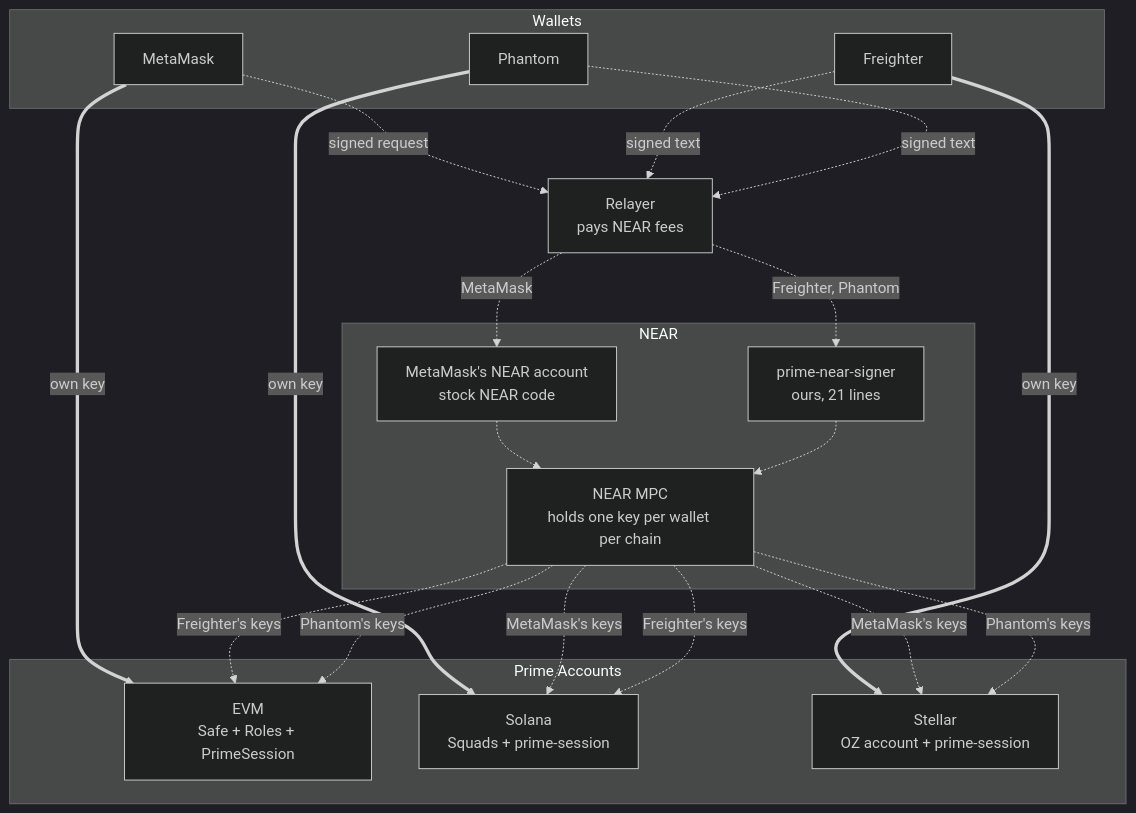
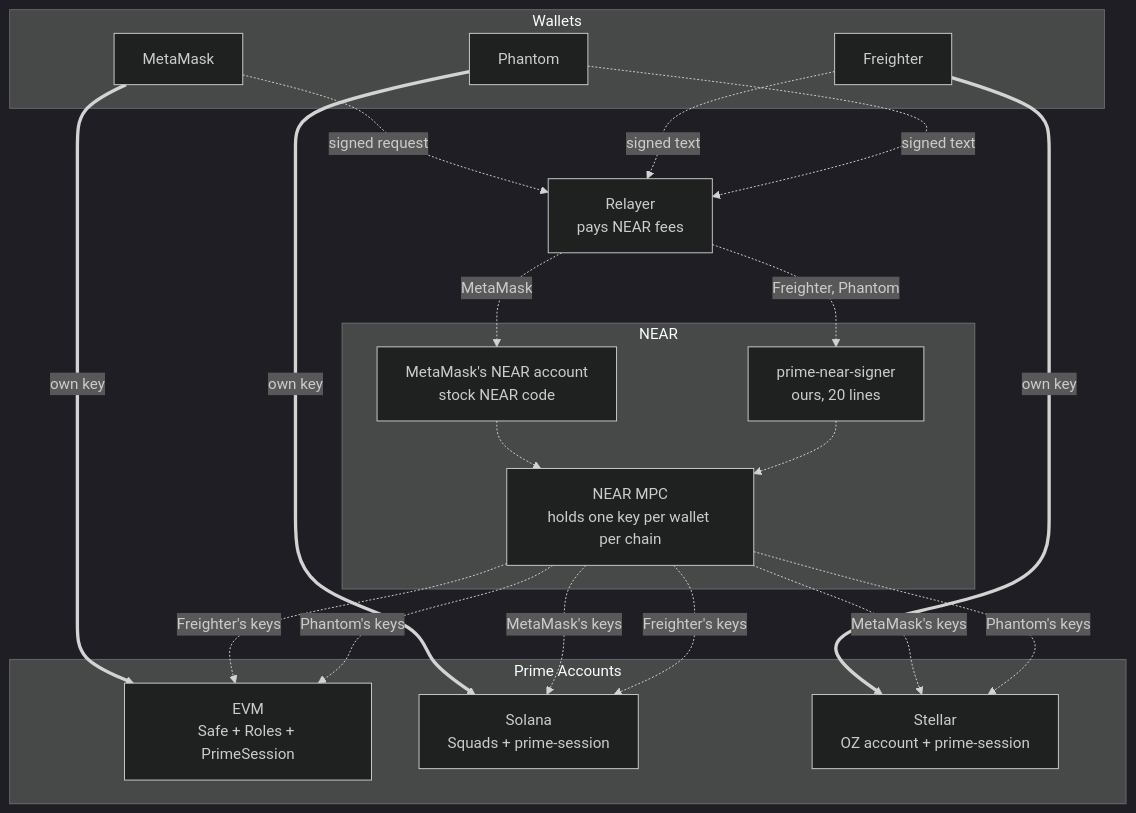
One commit to untangledfinance/oz-policy-builder changed the first of 8 diagrams in contracts/prime-session/ARCHITECTURE.md. Above: the diagram before and after it, drawn with Mermaid (dark theme). The commit also changed other lines of this file and 81 other files, not shown here.

````diff
--- a/contracts/prime-session/ARCHITECTURE.md
+++ b/contracts/prime-session/ARCHITECTURE.md
@@ -39,33 +39,33 @@
 ```mermaid
 flowchart TB
   subgraph W[Wallets]
     MM[MetaMask]
     FR[Freighter]
     PH[Phantom]
   end
   R[Relayer<br/>pays NEAR fees]
   subgraph N[NEAR]
     EI[MetaMask's NEAR account<br/>stock NEAR code]
-    SG[prime-near-signer<br/>ours, 21 lines]
+    SG[prime-near-signer<br/>ours, 20 lines]
     MPC[NEAR MPC<br/>holds one key per wallet per chain]
   end
   subgraph C[Prime Accounts]
     EVM[EVM<br/>Safe + Roles + PrimeSession]
     SOL[Solana<br/>Squads + prime-session]
     XLM[Stellar<br/>OZ account + prime-session]
   end
   MM == own key ==> EVM
   FR == own key ==> XLM
   PH == own key ==> SOL
   MM -. signed request .-> R
   FR -. signed text .-> R
   PH -. signed text .-> R
   R -. MetaMask .-> EI -.-> MPC
   R -. Freighter, Phantom .-> SG -.-> MPC
   MPC -. "MetaMask's keys" .-> SOL
   MPC -. "MetaMask's keys" .-> XLM
   MPC -. "Freighter's keys" .-> EVM
   MPC -. "Freighter's keys" .-> SOL
   MPC -. "Phantom's keys" .-> EVM
   MPC -. "Phantom's keys" .-> XLM
 ```
````
